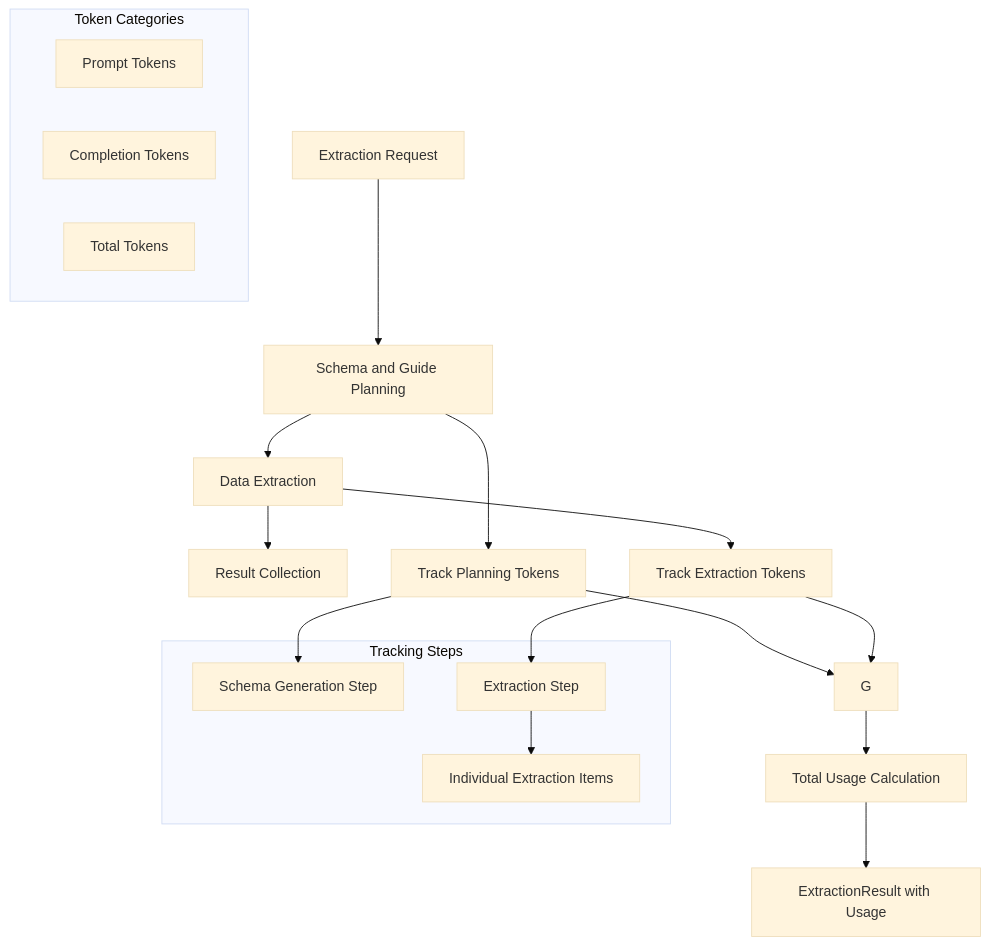
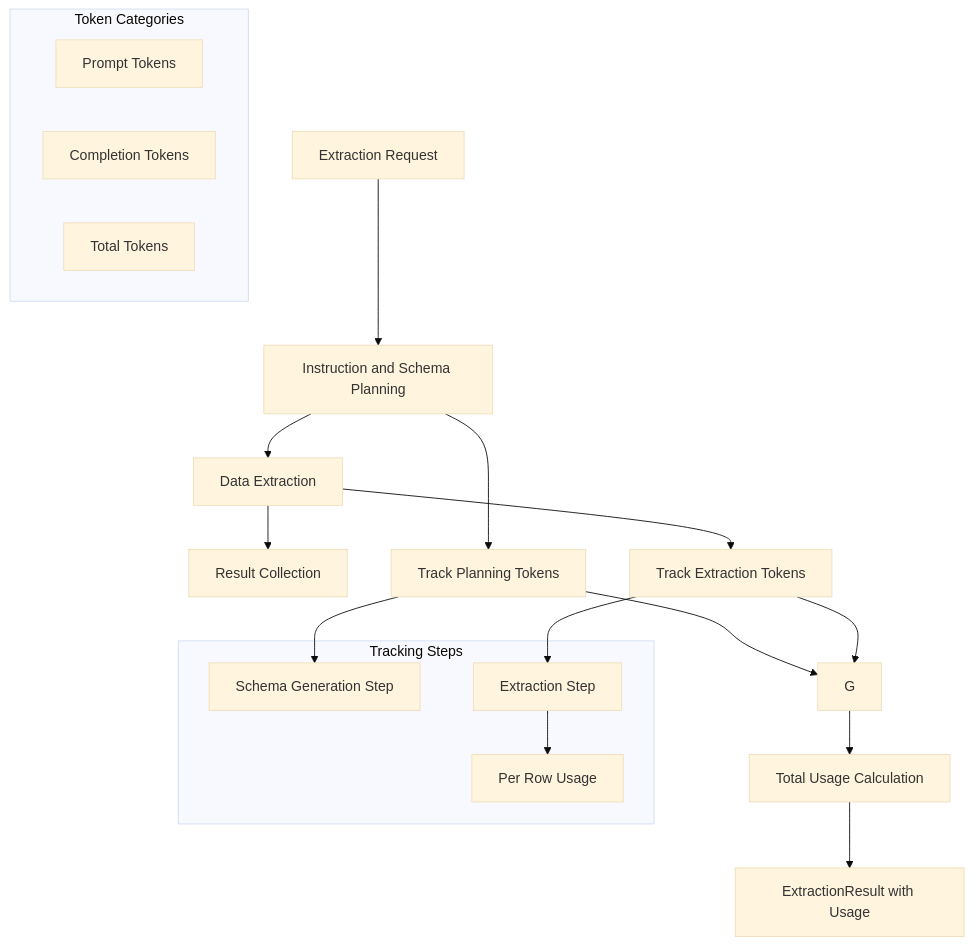
The diagram in docs/guides/token-tracking.md (Blacksuan19/structx), drawn with Mermaid (base theme) before and after one commit. The commit also changed other lines of this file and 15 other files, not shown here.

````diff
--- a/docs/guides/token-tracking.md
+++ b/docs/guides/token-tracking.md
@@ -11,31 +11,31 @@
 ```mermaid
 graph TD
-    A[Extraction Request] --> B[Schema and Guide Planning]
+    A[Extraction Request] --> B[Instruction and Schema Planning]
     B --> D[Data Extraction]
     D --> E[Result Collection]
 
     B --> F2[Track Planning Tokens]
     D --> F3[Track Extraction Tokens]
 
     F2 --> G
     F3 --> G
 
     G --> H[Total Usage Calculation]
     H --> I[ExtractionResult with Usage]
 
     subgraph "Token Categories"
         J[Prompt Tokens]
         K[Completion Tokens]
         L[Total Tokens]
     end
 
     subgraph "Tracking Steps"
         N[Schema Generation Step]
         O[Extraction Step]
-        P[Individual Extraction Items]
+        P[Per Row Usage]
     end
 
     F2 --> N
     F3 --> O
     O --> P
 ```
````
